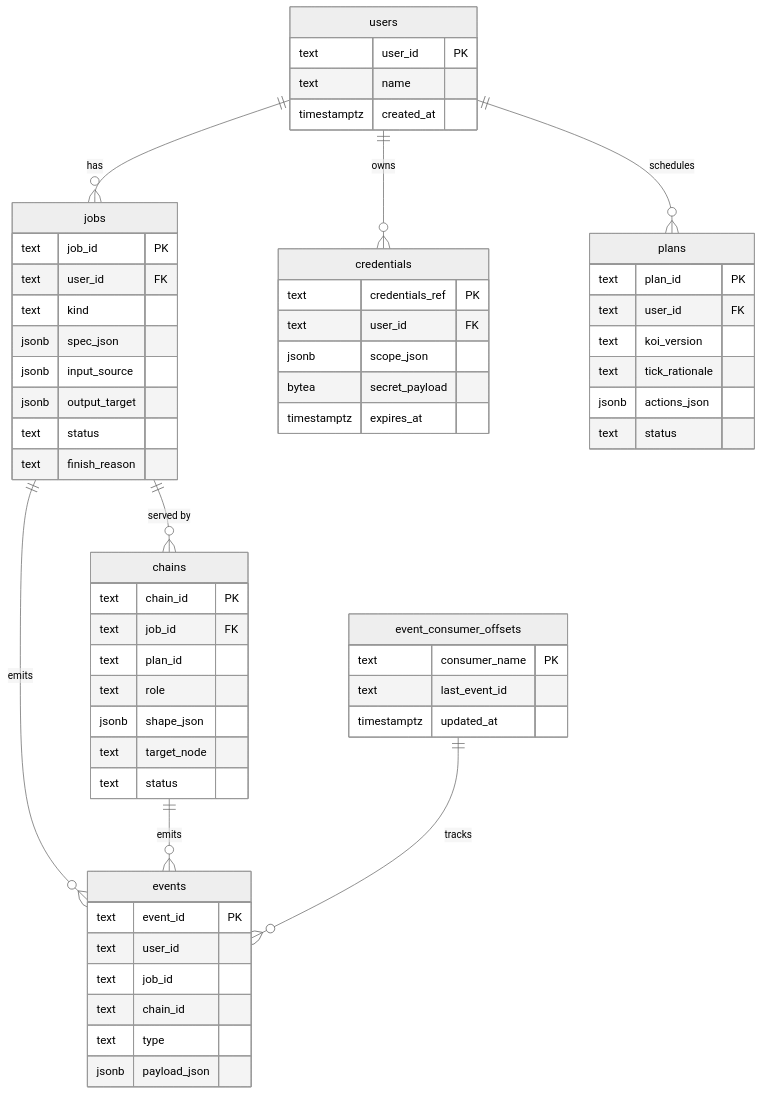
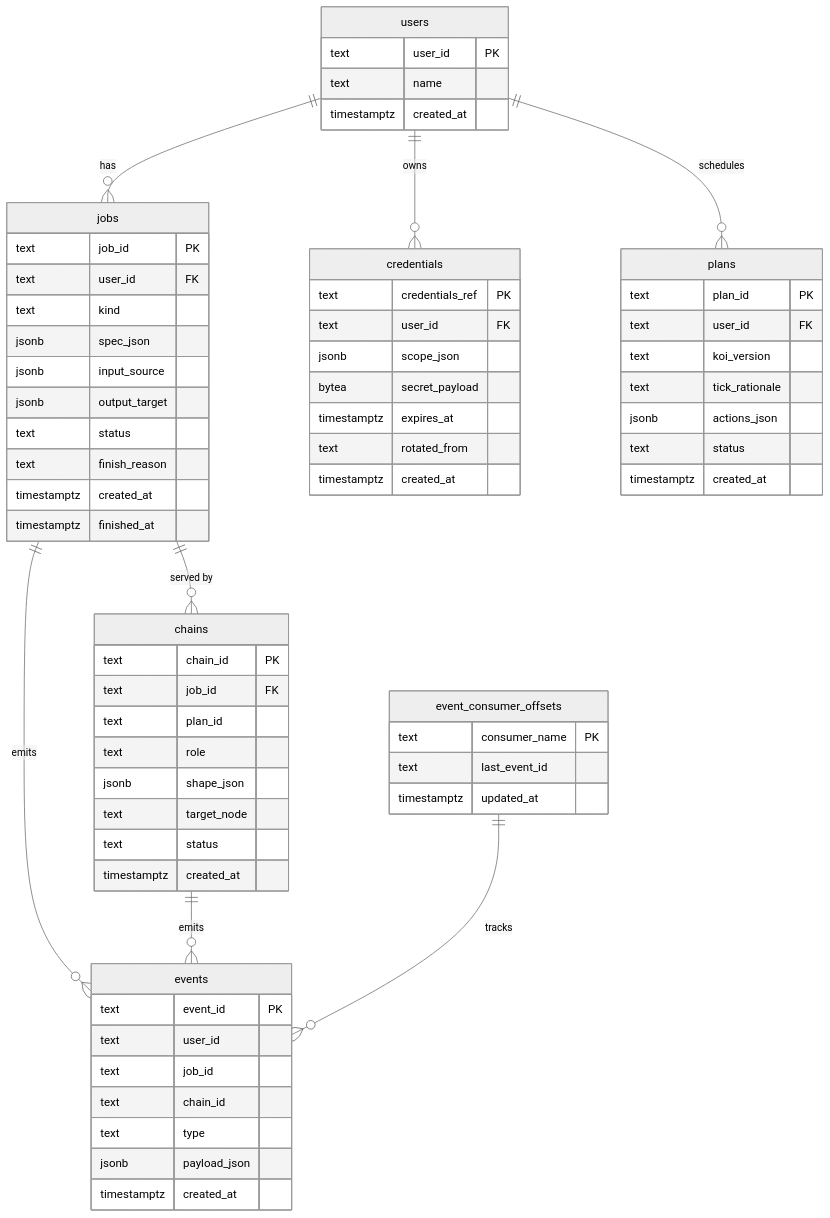
Before and after one commit to Tandemn-Labs/tandemn-store: the second of 5 diagrams in DATA_ARCHITECTURE.md, drawn with Mermaid (neutral theme). The commit also changed other lines of this file, not shown here.

First line of the commit message:
docs: align DATA_ARCHITECTURE with implemented MVP contract

````diff
--- a/DATA_ARCHITECTURE.md
+++ b/DATA_ARCHITECTURE.md
@@ -117,63 +119,70 @@
 ```mermaid
 erDiagram
     users ||--o{ jobs : has
     users ||--o{ credentials : owns
     users ||--o{ plans : schedules
     jobs ||--o{ chains : "served by"
     jobs ||--o{ events : emits
     chains ||--o{ events : emits
     event_consumer_offsets ||--o{ events : tracks
 
     users {
       text user_id PK
       text name
       timestamptz created_at
     }
     jobs {
       text job_id PK
       text user_id FK
       text kind
       jsonb spec_json
       jsonb input_source
       jsonb output_target
       text status
       text finish_reason
+      timestamptz created_at
+      timestamptz finished_at
     }
     plans {
       text plan_id PK
       text user_id FK
       text koi_version
       text tick_rationale
       jsonb actions_json
       text status
+      timestamptz created_at
     }
     chains {
       text chain_id PK
       text job_id FK
       text plan_id
       text role
       jsonb shape_json
       text target_node
       text status
+      timestamptz created_at
     }
     events {
       text event_id PK
       text user_id
       text job_id
       text chain_id
       text type
       jsonb payload_json
+      timestamptz created_at
     }
     event_consumer_offsets {
       text consumer_name PK
       text last_event_id
       timestamptz updated_at
     }
     credentials {
       text credentials_ref PK
       text user_id FK
       jsonb scope_json
       bytea secret_payload
       timestamptz expires_at
+      text rotated_from
+      timestamptz created_at
     }
 ```
````
